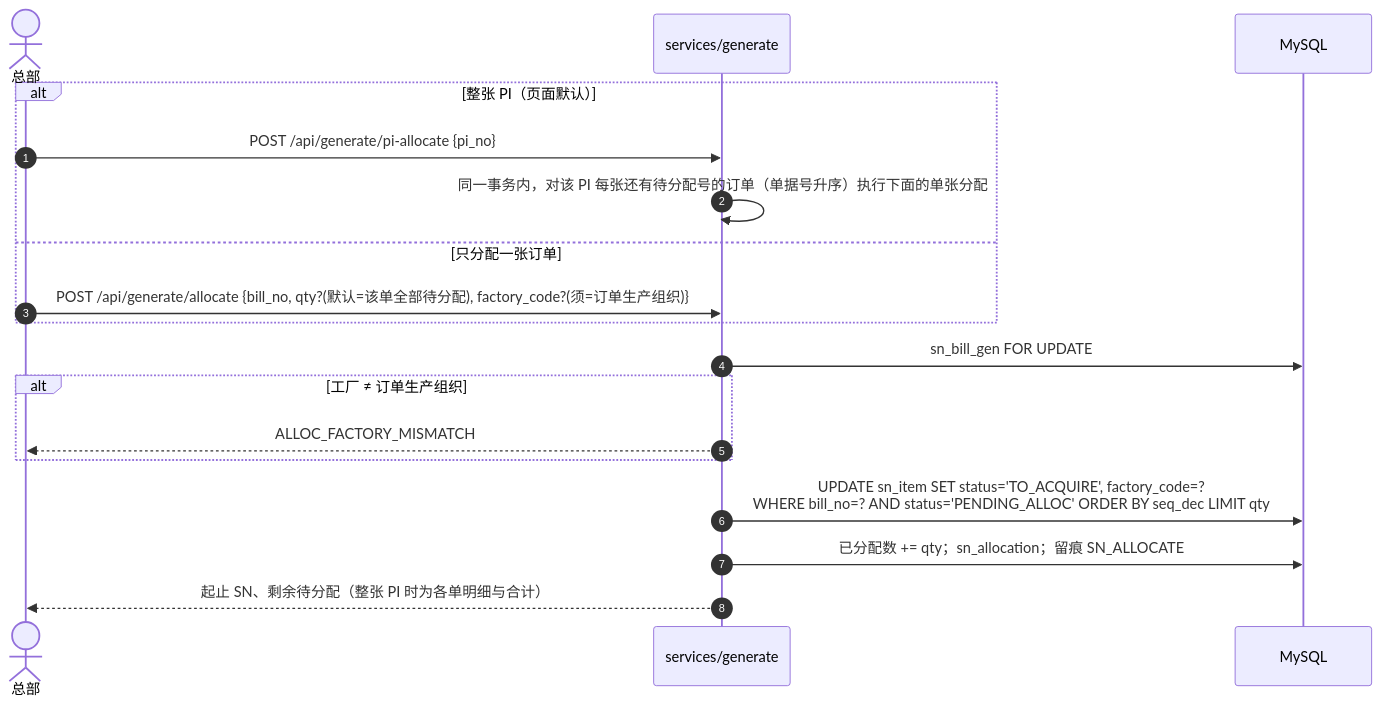
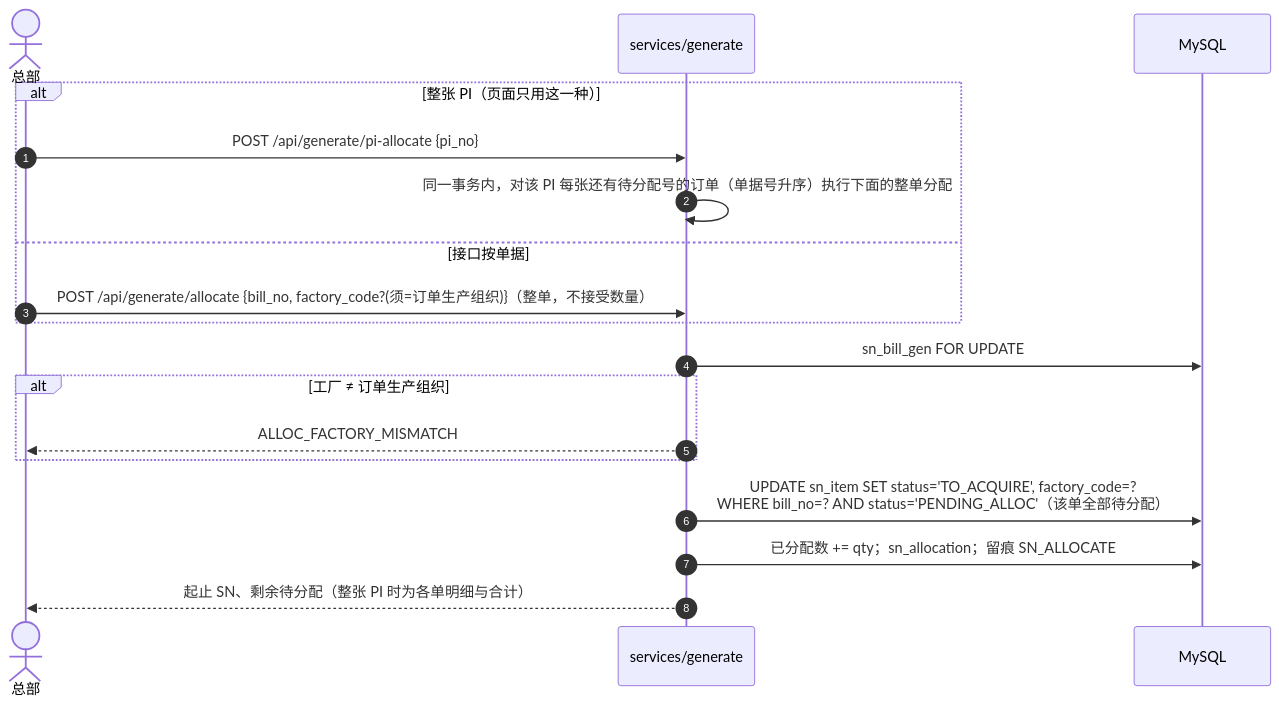
Before and after one commit to Createsnow/sn-center: the eighth of 13 diagrams in docs/技术文档.md, drawn with Mermaid. The commit also changed other lines of this file and 31 other files, not shown here.

````diff
--- a/docs/技术文档.md
+++ b/docs/技术文档.md
@@ -291,20 +298,20 @@
 ```mermaid
 sequenceDiagram
     autonumber
     actor H as 总部
     participant G as services/generate
     participant DB as MySQL
-    alt 整张 PI（页面默认）
+    alt 整张 PI（页面只用这一种）
         H->>G: POST /api/generate/pi-allocate {pi_no}
-        G->>G: 同一事务内，对该 PI 每张还有待分配号的订单（单据号升序）执行下面的单张分配
-    else 只分配一张订单
-        H->>G: POST /api/generate/allocate {bill_no, qty?(默认=该单全部待分配), factory_code?(须=订单生产组织)}
+        G->>G: 同一事务内，对该 PI 每张还有待分配号的订单（单据号升序）执行下面的整单分配
+    else 接口按单据
+        H->>G: POST /api/generate/allocate {bill_no, factory_code?(须=订单生产组织)}（整单，不接受数量）
     end
     G->>DB: sn_bill_gen FOR UPDATE
     alt 工厂 ≠ 订单生产组织
         G-->>H: ALLOC_FACTORY_MISMATCH
     end
-    G->>DB: UPDATE sn_item SET status='TO_ACQUIRE', factory_code=? <br/>WHERE bill_no=? AND status='PENDING_ALLOC' ORDER BY seq_dec LIMIT qty
+    G->>DB: UPDATE sn_item SET status='TO_ACQUIRE', factory_code=? <br/>WHERE bill_no=? AND status='PENDING_ALLOC'（该单全部待分配）
     G->>DB: 已分配数 += qty；sn_allocation；留痕 SN_ALLOCATE
     G-->>H: 起止 SN、剩余待分配（整张 PI 时为各单明细与合计）
 ```
````
